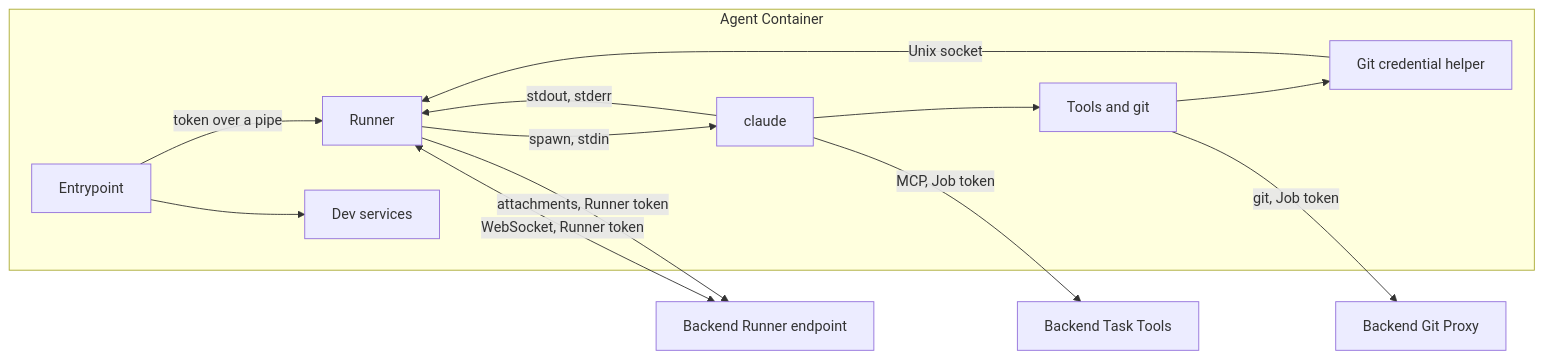
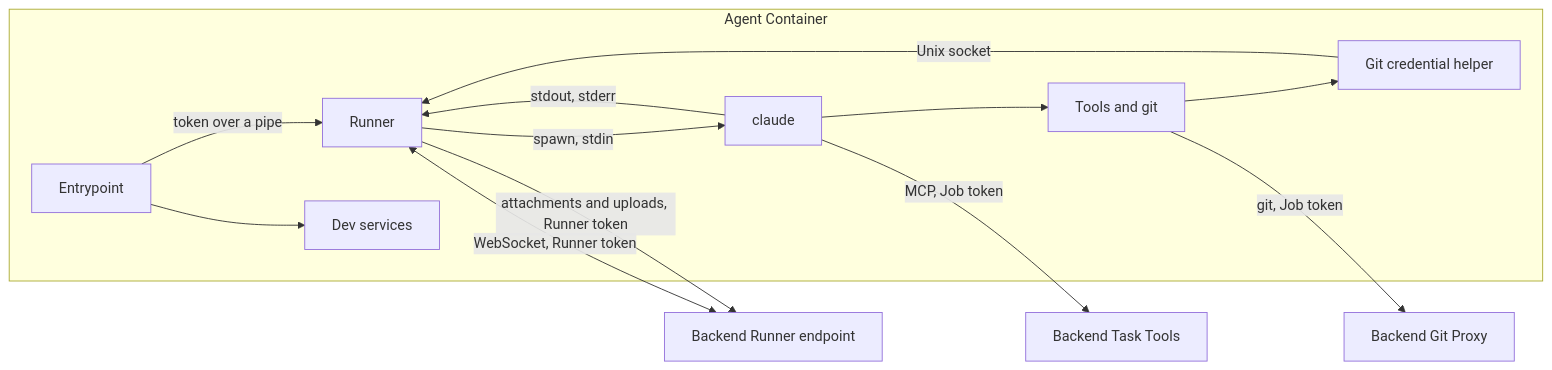
Before and after one commit to mceck/claude-task: the second of 2 diagrams in docs/specs/runner.md, drawn with Mermaid. The commit also changed other lines of this file and 53 other files, not shown here.

````diff
--- a/docs/specs/runner.md
+++ b/docs/specs/runner.md
@@ -221,16 +230,16 @@
 ```mermaid
 flowchart LR
   subgraph Container["Agent Container"]
     E[Entrypoint] -->|token over a pipe| R[Runner]
     E --> S[Dev services]
     R -->|spawn, stdin| C[claude]
     C -->|stdout, stderr| R
     C --> T[Tools and git]
     T --> H[Git credential helper]
     H -->|Unix socket| R
   end
   R <-->|WebSocket, Runner token| B[Backend Runner endpoint]
-  R -->|attachments, Runner token| B
+  R -->|attachments and uploads, Runner token| B
   C -->|MCP, Job token| M[Backend Task Tools]
   T -->|git, Job token| P[Backend Git Proxy]
 ```
````
